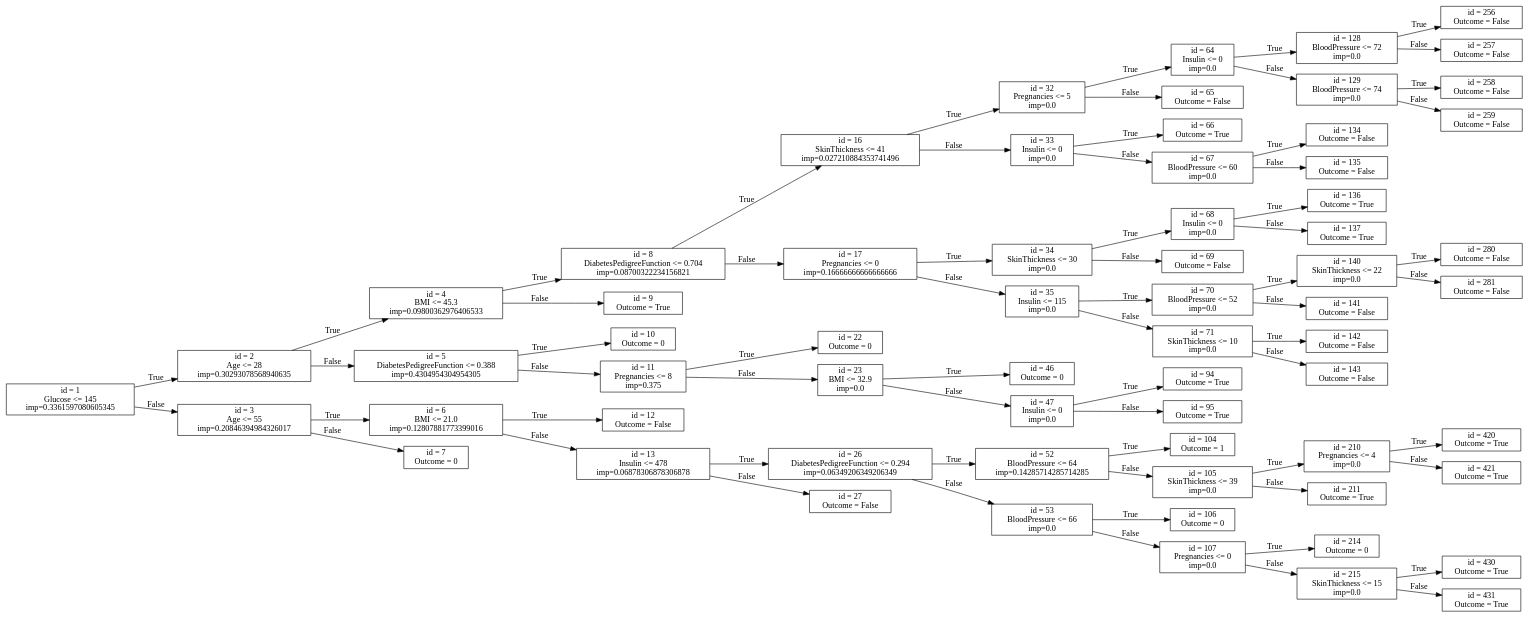
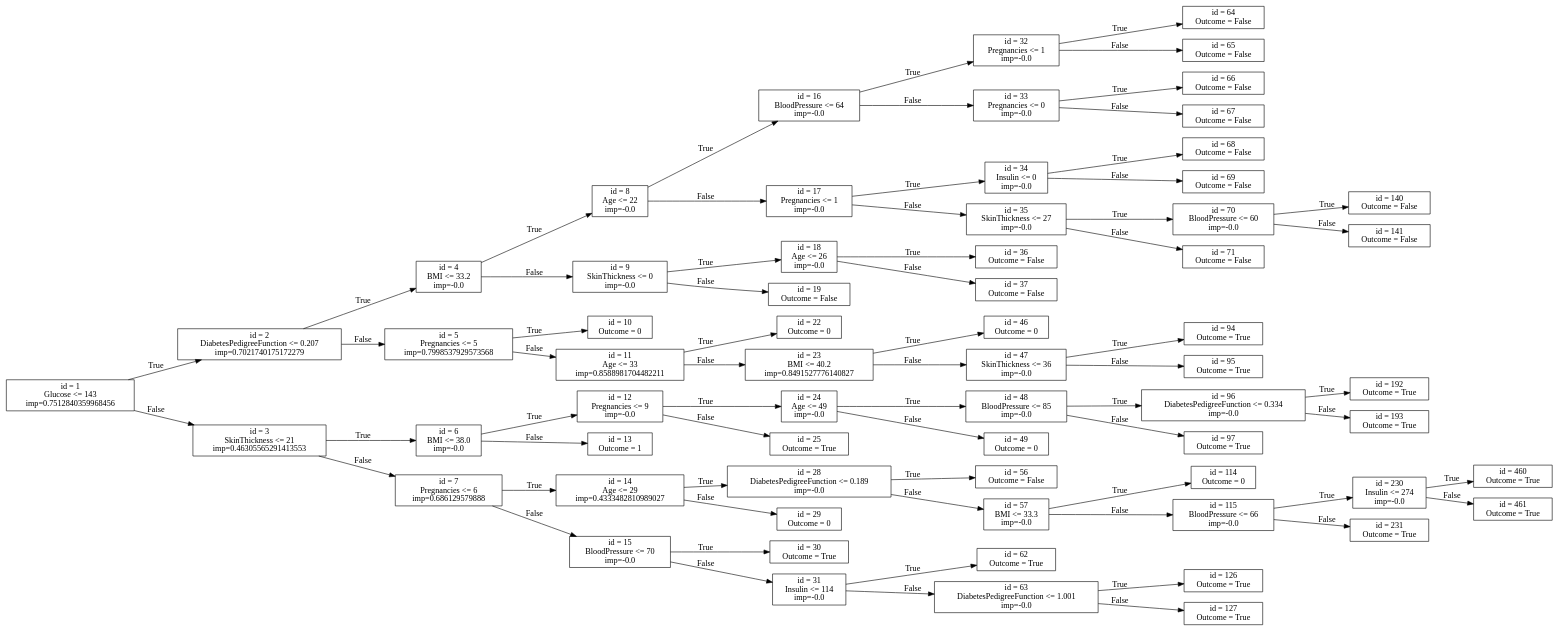
Before and after one commit to Debanjan2001/CS60050-Machine-Learning: the diagram in Assignment-1/tree2.gv, drawn with Graphviz. The commit also changed 16 other files, not shown here.

```diff
--- a/Assignment-1/tree2.gv
+++ b/Assignment-1/tree2.gv
@@ -2,290 +2,290 @@
 	rankdir=LR size="1000,500"
 	node [shape=rectangle]
 	"id = 1
-Glucose <= 145
- imp=0.3361597080605345" -> "id = 2
-Age <= 28
- imp=0.30293078568940635" [label=True]
+Glucose <= 143
+ imp=0.7512840359968456" -> "id = 2
+DiabetesPedigreeFunction <= 0.207
+ imp=0.7021740175172279" [label=True]
 	"id = 1
-Glucose <= 145
- imp=0.3361597080605345" -> "id = 3
-Age <= 55
- imp=0.20846394984326017" [label=False]
+Glucose <= 143
+ imp=0.7512840359968456" -> "id = 3
+SkinThickness <= 21
+ imp=0.46305565291413553" [label=False]
 	"id = 2
-Age <= 28
- imp=0.30293078568940635" -> "id = 4
-BMI <= 45.3
- imp=0.09800362976406533" [label=True]
+DiabetesPedigreeFunction <= 0.207
+ imp=0.7021740175172279" -> "id = 4
+BMI <= 33.2
+ imp=-0.0" [label=True]
 	"id = 2
-Age <= 28
- imp=0.30293078568940635" -> "id = 5
-DiabetesPedigreeFunction <= 0.388
- imp=0.4304954304954305" [label=False]
+DiabetesPedigreeFunction <= 0.207
+ imp=0.7021740175172279" -> "id = 5
+Pregnancies <= 5
+ imp=0.7998537929573568" [label=False]
 	"id = 3
-Age <= 55
- imp=0.20846394984326017" -> "id = 6
-BMI <= 21.0
- imp=0.12807881773399016" [label=True]
+SkinThickness <= 21
+ imp=0.46305565291413553" -> "id = 6
+BMI <= 38.0
+ imp=-0.0" [label=True]
 	"id = 3
-Age <= 55
- imp=0.20846394984326017" -> "id = 7
-Outcome = 0" [label=False]
+SkinThickness <= 21
+ imp=0.46305565291413553" -> "id = 7
+Pregnancies <= 6
+ imp=0.686129579888" [label=False]
 	"id = 4
-BMI <= 45.3
- imp=0.09800362976406533" -> "id = 8
-DiabetesPedigreeFunction <= 0.704
- imp=0.08700322234156821" [label=True]
+BMI <= 33.2
+ imp=-0.0" -> "id = 8
+Age <= 22
+ imp=-0.0" [label=True]
 	"id = 4
-BMI <= 45.3
- imp=0.09800362976406533" -> "id = 9
-Outcome = True" [label=False]
+BMI <= 33.2
+ imp=-0.0" -> "id = 9
+SkinThickness <= 0
+ imp=-0.0" [label=False]
 	"id = 5
-DiabetesPedigreeFunction <= 0.388
- imp=0.4304954304954305" -> "id = 10
+Pregnancies <= 5
+ imp=0.7998537929573568" -> "id = 10
 Outcome = 0" [label=True]
 	"id = 5
-DiabetesPedigreeFunction <= 0.388
- imp=0.4304954304954305" -> "id = 11
-Pregnancies <= 8
- imp=0.375" [label=False]
+Pregnancies <= 5
+ imp=0.7998537929573568" -> "id = 11
+Age <= 33
+ imp=0.8588981704482211" [label=False]
 	"id = 6
-BMI <= 21.0
- imp=0.12807881773399016" -> "id = 12
-Outcome = False" [label=True]
+BMI <= 38.0
+ imp=-0.0" -> "id = 12
+Pregnancies <= 9
+ imp=-0.0" [label=True]
 	"id = 6
-BMI <= 21.0
- imp=0.12807881773399016" -> "id = 13
-Insulin <= 478
- imp=0.06878306878306878" [label=False]
+BMI <= 38.0
+ imp=-0.0" -> "id = 13
+Outcome = 1" [label=False]
+	"id = 7
+Pregnancies <= 6
+ imp=0.686129579888" -> "id = 14
+Age <= 29
+ imp=0.4333482810989027" [label=True]
+	"id = 7
+Pregnancies <= 6
+ imp=0.686129579888" -> "id = 15
+BloodPressure <= 70
+ imp=-0.0" [label=False]
 	"id = 8
-DiabetesPedigreeFunction <= 0.704
- imp=0.08700322234156821" -> "id = 16
-SkinThickness <= 41
- imp=0.027210884353741496" [label=True]
+Age <= 22
+ imp=-0.0" -> "id = 16
+BloodPressure <= 64
+ imp=-0.0" [label=True]
 	"id = 8
-DiabetesPedigreeFunction <= 0.704
- imp=0.08700322234156821" -> "id = 17
-Pregnancies <= 0
- imp=0.16666666666666666" [label=False]
+Age <= 22
+ imp=-0.0" -> "id = 17
+Pregnancies <= 1
+ imp=-0.0" [label=False]
+	"id = 9
+SkinThickness <= 0
+ imp=-0.0" -> "id = 18
+Age <= 26
+ imp=-0.0" [label=True]
+	"id = 9
+SkinThickness <= 0
+ imp=-0.0" -> "id = 19
+Outcome = False" [label=False]
 	"id = 11
-Pregnancies <= 8
- imp=0.375" -> "id = 22
+Age <= 33
+ imp=0.8588981704482211" -> "id = 22
 Outcome = 0" [label=True]
 	"id = 11
-Pregnancies <= 8
- imp=0.375" -> "id = 23
-BMI <= 32.9
- imp=0.0" [label=False]
-	"id = 13
-Insulin <= 478
- imp=0.06878306878306878" -> "id = 26
-DiabetesPedigreeFunction <= 0.294
- imp=0.06349206349206349" [label=True]
-	"id = 13
-Insulin <= 478
- imp=0.06878306878306878" -> "id = 27
+Age <= 33
+ imp=0.8588981704482211" -> "id = 23
+BMI <= 40.2
+ imp=0.8491527776140827" [label=False]
+	"id = 12
+Pregnancies <= 9
+ imp=-0.0" -> "id = 24
+Age <= 49
+ imp=-0.0" [label=True]
+	"id = 12
+Pregnancies <= 9
+ imp=-0.0" -> "id = 25
+Outcome = True" [label=False]
+	"id = 14
+Age <= 29
+ imp=0.4333482810989027" -> "id = 28
+DiabetesPedigreeFunction <= 0.189
+ imp=-0.0" [label=True]
+	"id = 14
+Age <= 29
+ imp=0.4333482810989027" -> "id = 29
+Outcome = 0" [label=False]
+	"id = 15
+BloodPressure <= 70
+ imp=-0.0" -> "id = 30
+Outcome = True" [label=True]
+	"id = 15
+BloodPressure <= 70
+ imp=-0.0" -> "id = 31
+Insulin <= 114
+ imp=-0.0" [label=False]
+	"id = 16
+BloodPressure <= 64
+ imp=-0.0" -> "id = 32
+Pregnancies <= 1
+ imp=-0.0" [label=True]
+	"id = 16
+BloodPressure <= 64
+ imp=-0.0" -> "id = 33
+Pregnancies <= 0
+ imp=-0.0" [label=False]
+	"id = 17
+Pregnancies <= 1
+ imp=-0.0" -> "id = 34
+Insulin <= 0
+ imp=-0.0" [label=True]
+	"id = 17
+Pregnancies <= 1
+ imp=-0.0" -> "id = 35
+SkinThickness <= 27
+ imp=-0.0" [label=False]
+	"id = 18
+Age <= 26
+ imp=-0.0" -> "id = 36
+Outcome = False" [label=True]
+	"id = 18
+Age <= 26
+ imp=-0.0" -> "id = 37
 Outcome = False" [label=False]
-	"id = 16
-SkinThickness <= 41
- imp=0.027210884353741496" -> "id = 32
-Pregnancies <= 5
- imp=0.0" [label=True]
-	"id = 16
-SkinThickness <= 41
- imp=0.027210884353741496" -> "id = 33
-Insulin <= 0
- imp=0.0" [label=False]
-	"id = 17
-Pregnancies <= 0
- imp=0.16666666666666666" -> "id = 34
-SkinThickness <= 30
- imp=0.0" [label=True]
-	"id = 17
-Pregnancies <= 0
- imp=0.16666666666666666" -> "id = 35
-Insulin <= 115
- imp=0.0" [label=False]
 	"id = 23
-BMI <= 32.9
- imp=0.0" -> "id = 46
+BMI <= 40.2
+ imp=0.8491527776140827" -> "id = 46
 Outcome = 0" [label=True]
 	"id = 23
-BMI <= 32.9
- imp=0.0" -> "id = 47
-Insulin <= 0
- imp=0.0" [label=False]
-	"id = 26
-DiabetesPedigreeFunction <= 0.294
- imp=0.06349206349206349" -> "id = 52
-BloodPressure <= 64
- imp=0.14285714285714285" [label=True]
-	"id = 26
-DiabetesPedigreeFunction <= 0.294
- imp=0.06349206349206349" -> "id = 53
-BloodPressure <= 66
- imp=0.0" [label=False]
+BMI <= 40.2
+ imp=0.8491527776140827" -> "id = 47
+SkinThickness <= 36
+ imp=-0.0" [label=False]
+	"id = 24
+Age <= 49
+ imp=-0.0" -> "id = 48
+BloodPressure <= 85
+ imp=-0.0" [label=True]
+	"id = 24
+Age <= 49
+ imp=-0.0" -> "id = 49
+Outcome = 0" [label=False]
+	"id = 28
+DiabetesPedigreeFunction <= 0.189
+ imp=-0.0" -> "id = 56
+Outcome = False" [label=True]
+	"id = 28
+DiabetesPedigreeFunction <= 0.189
+ imp=-0.0" -> "id = 57
+BMI <= 33.3
+ imp=-0.0" [label=False]
+	"id = 31
+Insulin <= 114
+ imp=-0.0" -> "id = 62
+Outcome = True" [label=True]
+	"id = 31
+Insulin <= 114
+ imp=-0.0" -> "id = 63
+DiabetesPedigreeFunction <= 1.001
+ imp=-0.0" [label=False]
 	"id = 32
-Pregnancies <= 5
- imp=0.0" -> "id = 64
-Insulin <= 0
- imp=0.0" [label=True]
+Pregnancies <= 1
+ imp=-0.0" -> "id = 64
+Outcome = False" [label=True]
 	"id = 32
-Pregnancies <= 5
- imp=0.0" -> "id = 65
+Pregnancies <= 1
+ imp=-0.0" -> "id = 65
 Outcome = False" [label=False]
 	"id = 33
+Pregnancies <= 0
+ imp=-0.0" -> "id = 66
+Outcome = False" [label=True]
+	"id = 33
+Pregnancies <= 0
+ imp=-0.0" -> "id = 67
+Outcome = False" [label=False]
+	"id = 34
 Insulin <= 0
- imp=0.0" -> "id = 66
-Outcome = True" [label=True]
-	"id = 33
+ imp=-0.0" -> "id = 68
+Outcome = False" [label=True]
+	"id = 34
 Insulin <= 0
- imp=0.0" -> "id = 67
-BloodPressure <= 60
- imp=0.0" [label=False]
-	"id = 34
-SkinThickness <= 30
- imp=0.0" -> "id = 68
-Insulin <= 0
- imp=0.0" [label=True]
-	"id = 34
-SkinThickness <= 30
- imp=0.0" -> "id = 69
+ imp=-0.0" -> "id = 69
 Outcome = False" [label=False]
 	"id = 35
-Insulin <= 115
- imp=0.0" -> "id = 70
-BloodPressure <= 52
- imp=0.0" [label=True]
+SkinThickness <= 27
+ imp=-0.0" -> "id = 70
+BloodPressure <= 60
+ imp=-0.0" [label=True]
 	"id = 35
-Insulin <= 115
- imp=0.0" -> "id = 71
-SkinThickness <= 10
- imp=0.0" [label=False]
+SkinThickness <= 27
+ imp=-0.0" -> "id = 71
+Outcome = False" [label=False]
 	"id = 47
-Insulin <= 0
- imp=0.0" -> "id = 94
+SkinThickness <= 36
+ imp=-0.0" -> "id = 94
 Outcome = True" [label=True]
 	"id = 47
-Insulin <= 0
- imp=0.0" -> "id = 95
+SkinThickness <= 36
+ imp=-0.0" -> "id = 95
 Outcome = True" [label=False]
-	"id = 52
-BloodPressure <= 64
- imp=0.14285714285714285" -> "id = 104
-Outcome = 1" [label=True]
-	"id = 52
-BloodPressure <= 64
- imp=0.14285714285714285" -> "id = 105
-SkinThickness <= 39
- imp=0.0" [label=False]
-	"id = 53
+	"id = 48
+BloodPressure <= 85
+ imp=-0.0" -> "id = 96
+DiabetesPedigreeFunction <= 0.334
+ imp=-0.0" [label=True]
+	"id = 48
+BloodPressure <= 85
+ imp=-0.0" -> "id = 97
+Outcome = True" [label=False]
+	"id = 57
+BMI <= 33.3
+ imp=-0.0" -> "id = 114
+Outcome = 0" [label=True]
+	"id = 57
+BMI <= 33.3
+ imp=-0.0" -> "id = 115
 BloodPressure <= 66
- imp=0.0" -> "id = 106
-Outcome = 0" [label=True]
-	"id = 53
-BloodPressure <= 66
- imp=0.0" -> "id = 107
-Pregnancies <= 0
- imp=0.0" [label=False]
-	"id = 64
-Insulin <= 0
- imp=0.0" -> "id = 128
-BloodPressure <= 72
- imp=0.0" [label=True]
-	"id = 64
-Insulin <= 0
- imp=0.0" -> "id = 129
-BloodPressure <= 74
- imp=0.0" [label=False]
-	"id = 67
-BloodPressure <= 60
- imp=0.0" -> "id = 134
-Outcome = False" [label=True]
-	"id = 67
-BloodPressure <= 60
- imp=0.0" -> "id = 135
-Outcome = False" [label=False]
-	"id = 68
-Insulin <= 0
- imp=0.0" -> "id = 136
+ imp=-0.0" [label=False]
+	"id = 63
+DiabetesPedigreeFunction <= 1.001
+ imp=-0.0" -> "id = 126
 Outcome = True" [label=True]
-	"id = 68
-Insulin <= 0
- imp=0.0" -> "id = 137
+	"id = 63
+DiabetesPedigreeFunction <= 1.001
+ imp=-0.0" -> "id = 127
 Outcome = True" [label=False]
 	"id = 70
-BloodPressure <= 52
- imp=0.0" -> "id = 140
-SkinThickness <= 22
- imp=0.0" [label=True]
+BloodPressure <= 60
+ imp=-0.0" -> "id = 140
+Outcome = False" [label=True]
 	"id = 70
-BloodPressure <= 52
- imp=0.0" -> "id = 141
+BloodPressure <= 60
+ imp=-0.0" -> "id = 141
 Outcome = False" [label=False]
-	"id = 71
-SkinThickness <= 10
- imp=0.0" -> "id = 142
-Outcome = False" [label=True]
-	"id = 71
-SkinThickness <= 10
- imp=0.0" -> "id = 143
-Outcome = False" [label=False]
-	"id = 105
-SkinThickness <= 39
- imp=0.0" -> "id = 210
-Pregnancies <= 4
- imp=0.0" [label=True]
-	"id = 105
-SkinThickness <= 39
- imp=0.0" -> "id = 211
+	"id = 96
+DiabetesPedigreeFunction <= 0.334
+ imp=-0.0" -> "id = 192
+Outcome = True" [label=True]
+	"id = 96
+DiabetesPedigreeFunction <= 0.334
+ imp=-0.0" -> "id = 193
 Outcome = True" [label=False]
-	"id = 107
-Pregnancies <= 0
- imp=0.0" -> "id = 214
-Outcome = 0" [label=True]
-	"id = 107
-Pregnancies <= 0
- imp=0.0" -> "id = 215
-SkinThickness <= 15
- imp=0.0" [label=False]
-	"id = 128
-BloodPressure <= 72
- imp=0.0" -> "id = 256
-Outcome = False" [label=True]
-	"id = 128
-BloodPressure <= 72
- imp=0.0" -> "id = 257
-Outcome = False" [label=False]
-	"id = 129
-BloodPressure <= 74
- imp=0.0" -> "id = 258
-Outcome = False" [label=True]
-	"id = 129
-BloodPressure <= 74
- imp=0.0" -> "id = 259
-Outcome = False" [label=False]
-	"id = 140
-SkinThickness <= 22
- imp=0.0" -> "id = 280
-Outcome = False" [label=True]
-	"id = 140
-SkinThickness <= 22
- imp=0.0" -> "id = 281
-Outcome = False" [label=False]
-	"id = 210
-Pregnancies <= 4
- imp=0.0" -> "id = 420
+	"id = 115
+BloodPressure <= 66
+ imp=-0.0" -> "id = 230
+Insulin <= 274
+ imp=-0.0" [label=True]
+	"id = 115
+BloodPressure <= 66
+ imp=-0.0" -> "id = 231
+Outcome = True" [label=False]
+	"id = 230
+Insulin <= 274
+ imp=-0.0" -> "id = 460
 Outcome = True" [label=True]
-	"id = 210
-Pregnancies <= 4
- imp=0.0" -> "id = 421
-Outcome = True" [label=False]
-	"id = 215
-SkinThickness <= 15
- imp=0.0" -> "id = 430
-Outcome = True" [label=True]
-	"id = 215
-SkinThickness <= 15
- imp=0.0" -> "id = 431
+	"id = 230
+Insulin <= 274
+ imp=-0.0" -> "id = 461
 Outcome = True" [label=False]
 }
```
